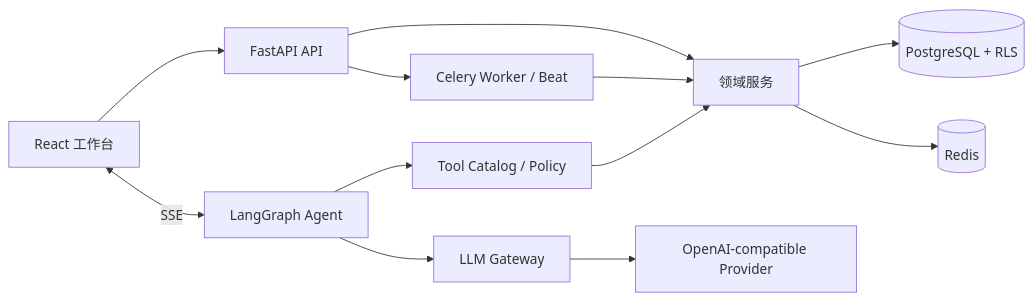
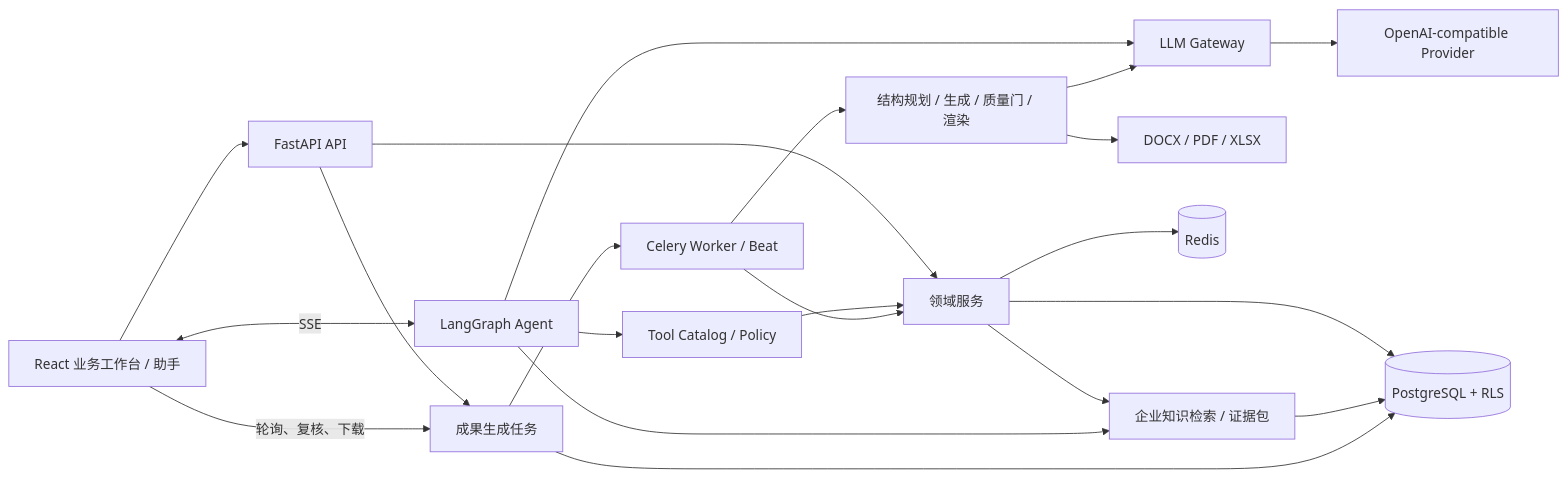
The diagram in docs/architecture.md (j051048/nexus-ai-command), drawn with Mermaid before and after one commit. The commit also changed other lines of this file and 43 other files, not shown here.

````diff
--- a/docs/architecture.md
+++ b/docs/architecture.md
@@ -5,14 +5,23 @@
 ```mermaid
 flowchart LR
-    UI["React 工作台"] --> API["FastAPI API"]
+    UI["React 业务工作台 / 助手"] --> API["FastAPI API"]
     UI <-->|SSE| AG["LangGraph Agent"]
     API --> SVC["领域服务"]
     AG --> CAT["Tool Catalog / Policy"]
     CAT --> SVC
+    SVC --> KNOW["企业知识检索 / 证据包"]
+    AG --> KNOW
+    API --> JOB["成果生成任务"]
+    JOB --> CELERY["Celery Worker / Beat"]
+    CELERY --> ART["结构规划 / 生成 / 质量门 / 渲染"]
+    ART --> FILES["DOCX / PDF / XLSX"]
+    UI -->|轮询、复核、下载| JOB
     SVC --> DB[("PostgreSQL + RLS")]
+    KNOW --> DB
+    JOB --> DB
     SVC --> REDIS[("Redis")]
-    API --> CELERY["Celery Worker / Beat"]
     CELERY --> SVC
     AG --> LLM["LLM Gateway"]
+    ART --> LLM
     LLM --> PROVIDER["OpenAI-compatible Provider"]
 ```
````
